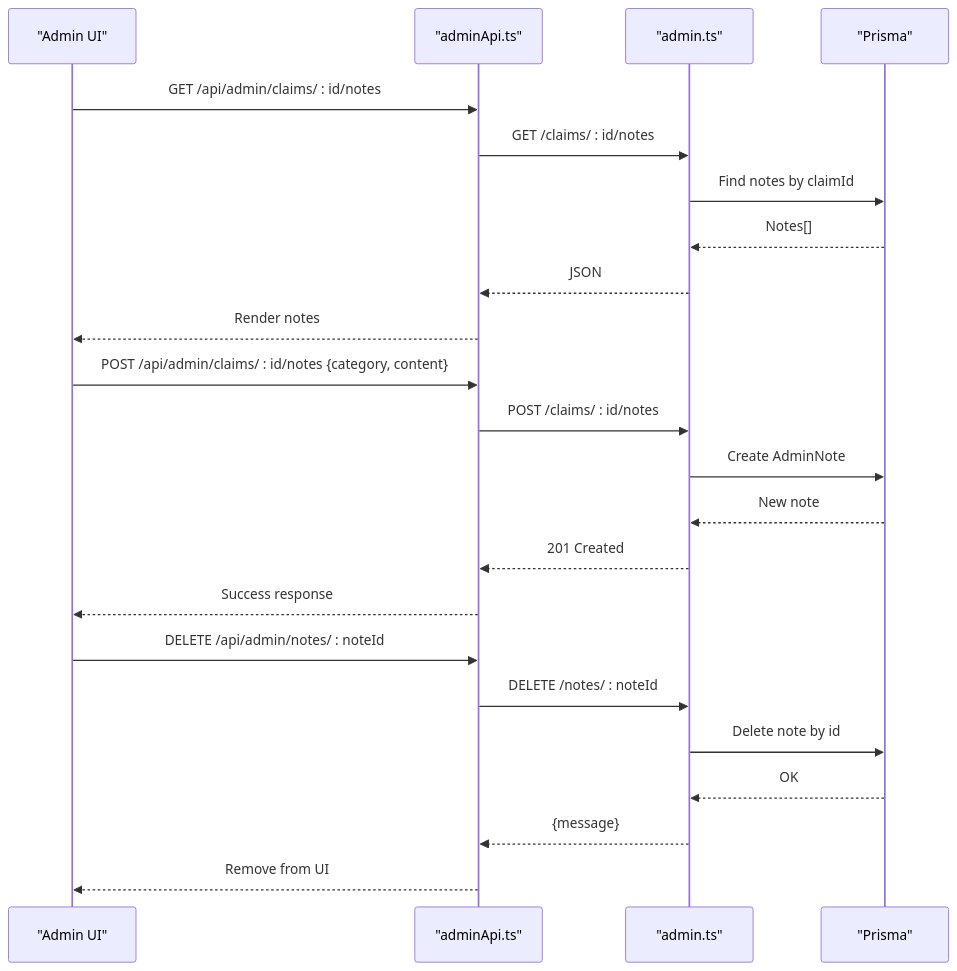
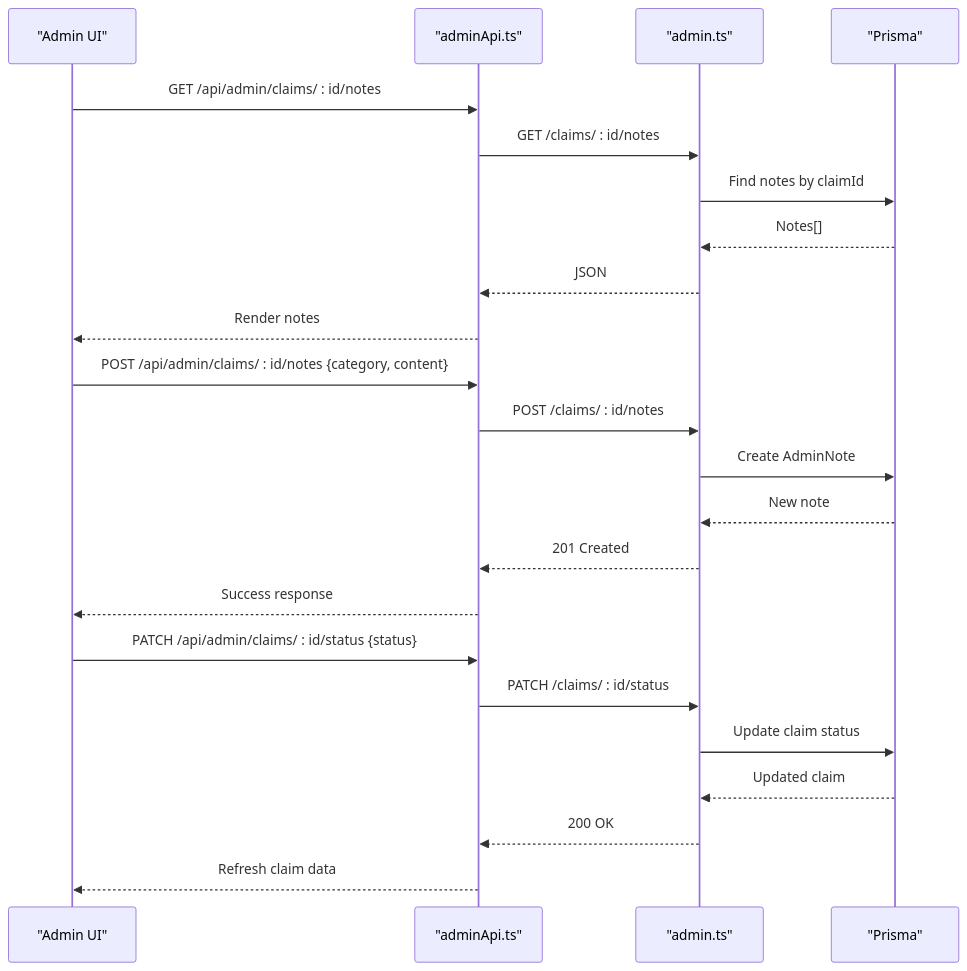
One commit to NaveenHiranya/Smart-Vehicle-Insurance-Claim-System changed the fifth of 7 diagrams in .qoder/repowiki/en/content/Frontend Documentation/Pages and Views/Admin Pages/Admin Note System.md. Above: the diagram before and after it, drawn with Mermaid. The commit also changed other lines of this file and 33 other files, not shown here.

````diff
--- a/.qoder/repowiki/en/content/Frontend Documentation/Pages and Views/Admin Pages/Admin Note System.md
+++ b/.qoder/repowiki/en/content/Frontend Documentation/Pages and Views/Admin Pages/Admin Note System.md
@@ -225,25 +231,25 @@
 ```mermaid
 sequenceDiagram
 participant FE as "Admin UI"
 participant API as "adminApi.ts"
 participant RT as "admin.ts"
 participant DB as "Prisma"
 FE->>API : GET /api/admin/claims/ : id/notes
 API->>RT : GET /claims/ : id/notes
 RT->>DB : Find notes by claimId
 DB-->>RT : Notes[]
 RT-->>API : JSON
 API-->>FE : Render notes
 FE->>API : POST /api/admin/claims/ : id/notes {category, content}
 API->>RT : POST /claims/ : id/notes
 RT->>DB : Create AdminNote
 DB-->>RT : New note
 RT-->>API : 201 Created
 API-->>FE : Success response
-FE->>API : DELETE /api/admin/notes/ : noteId
-API->>RT : DELETE /notes/ : noteId
-RT->>DB : Delete note by id
-DB-->>RT : OK
-RT-->>API : {message}
-API-->>FE : Remove from UI
+FE->>API : PATCH /api/admin/claims/ : id/status {status}
+API->>RT : PATCH /claims/ : id/status
+RT->>DB : Update claim status
+DB-->>RT : Updated claim
+RT-->>API : 200 OK
+API-->>FE : Refresh claim data
 ```
````
